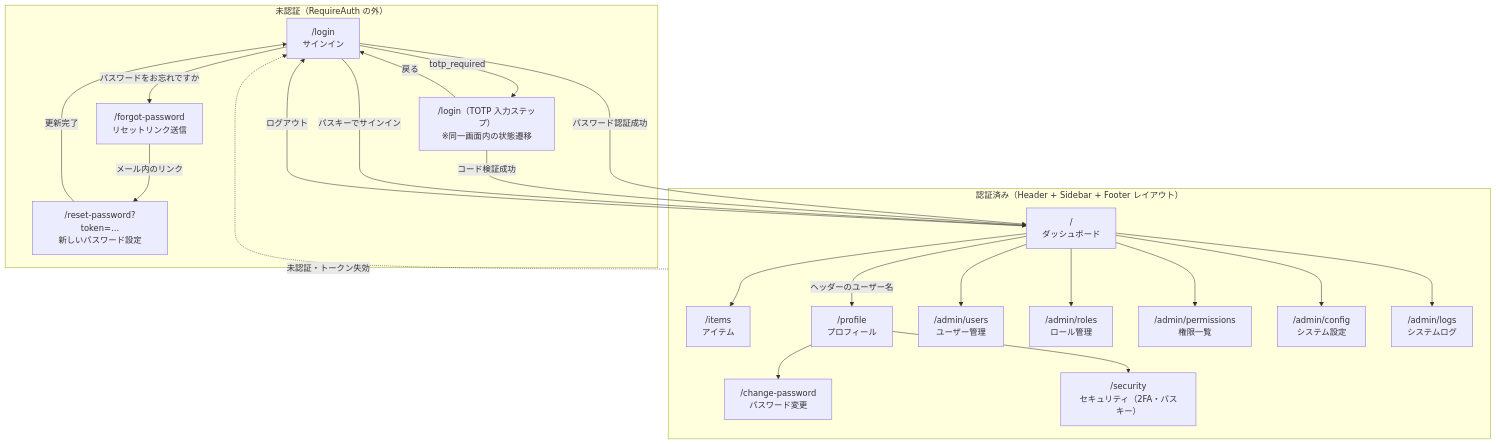
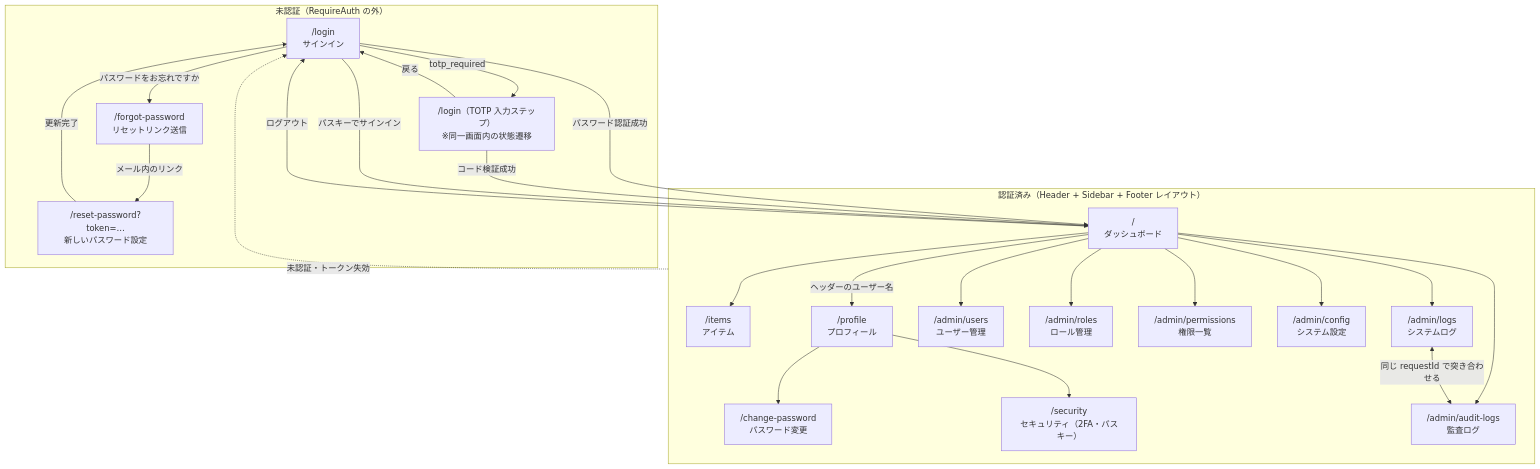
The diagram in frontend/README.md (kiyoteruhosoda/fastapitemplate), drawn with Mermaid before and after one commit. The commit also changed other lines of this file and 79 other files, not shown here.

````diff
--- a/frontend/README.md
+++ b/frontend/README.md
@@ -35,44 +35,47 @@
 ```mermaid
 flowchart TD
     subgraph public["未認証（RequireAuth の外）"]
         Login["/login<br/>サインイン"]
         Totp["/login（TOTP 入力ステップ）<br/>※同一画面内の状態遷移"]
         Forgot["/forgot-password<br/>リセットリンク送信"]
         Reset["/reset-password?token=…<br/>新しいパスワード設定"]
     end
 
     subgraph private["認証済み（Header + Sidebar + Footer レイアウト）"]
         Dashboard["/<br/>ダッシュボード"]
         Items["/items<br/>アイテム"]
         Profile["/profile<br/>プロフィール"]
         ChangePw["/change-password<br/>パスワード変更"]
         Security["/security<br/>セキュリティ（2FA・パスキー）"]
         Users["/admin/users<br/>ユーザー管理"]
         Roles["/admin/roles<br/>ロール管理"]
         Perms["/admin/permissions<br/>権限一覧"]
         Config["/admin/config<br/>システム設定"]
         Logs["/admin/logs<br/>システムログ"]
+        Audit["/admin/audit-logs<br/>監査ログ"]
     end
 
     Login -->|"パスワード認証成功"| Dashboard
     Login -->|"totp_required"| Totp
     Totp -->|"コード検証成功"| Dashboard
     Totp -->|"戻る"| Login
     Login -->|"パスキーでサインイン"| Dashboard
     Login -->|"パスワードをお忘れですか"| Forgot
     Forgot -->|"メール内のリンク"| Reset
     Reset -->|"更新完了"| Login
 
     private -.->|"未認証・トークン失効"| Login
     Dashboard -->|"ログアウト"| Login
 
     Dashboard --> Items
     Dashboard --> Users
     Dashboard --> Roles
     Dashboard --> Perms
     Dashboard --> Config
     Dashboard --> Logs
+    Dashboard --> Audit
+    Logs <-->|"同じ requestId で突き合わせる"| Audit
     Dashboard -->|"ヘッダーのユーザー名"| Profile
     Profile --> ChangePw
     Profile --> Security
 ```
````
